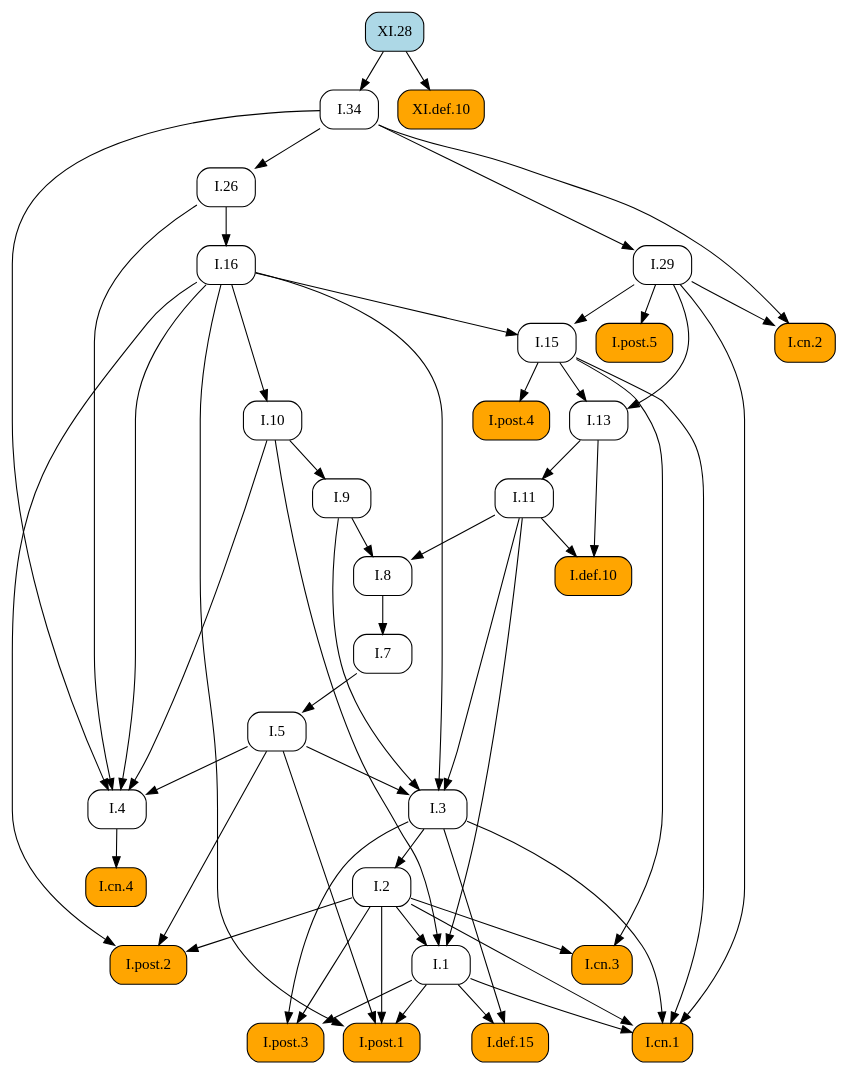
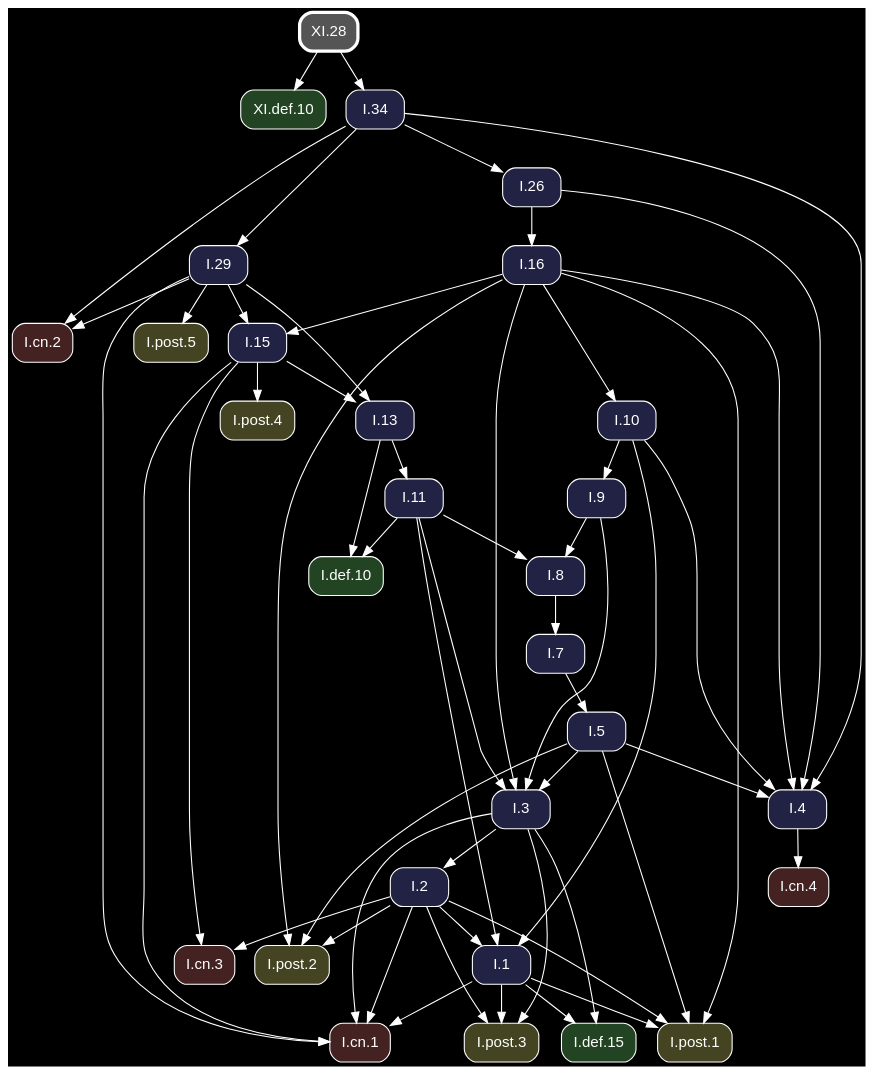
Before and after one commit to geometor/elements: the diagram in docsrc/heath/XI/28/index.rst, drawn with Graphviz. The commit also changed other lines of this file and 1200 other files, not shown here.

Commit message:
update dependency graphs

```diff
--- a/docsrc/heath/XI/28/index.rst
+++ b/docsrc/heath/XI/28/index.rst
@@ -29,90 +29,92 @@
 .. graphviz::
 
    digraph {
+     bgcolor="black";
+     node [shape=box, style="rounded,filled", fontname="Helvetica", color="white", fontcolor="white"];
+     edge [color="white", fontcolor="white"];
      rankdir="TB";
-     node [shape=box, style=rounded];
-     "I.9" [URL="/heath/I/9/", target="_top"];
-     "I.cn.1" [style="rounded,filled", fillcolor=orange, URL="/heath/I/cn.1/", target="_top"];
-     "I.7" [URL="/heath/I/7/", target="_top"];
-     "I.2" [URL="/heath/I/2/", target="_top"];
-     "I.def.15" [style="rounded,filled", fillcolor=orange, URL="/heath/I/def.15/", target="_top"];
-     "I.13" [URL="/heath/I/13/", target="_top"];
-     "I.post.4" [style="rounded,filled", fillcolor=orange, URL="/heath/I/post.4/", target="_top"];
-     "I.4" [URL="/heath/I/4/", target="_top"];
-     "I.1" [URL="/heath/I/1/", target="_top"];
-     "I.post.3" [style="rounded,filled", fillcolor=orange, URL="/heath/I/post.3/", target="_top"];
-     "I.post.1" [style="rounded,filled", fillcolor=orange, URL="/heath/I/post.1/", target="_top"];
-     "I.5" [URL="/heath/I/5/", target="_top"];
-     "I.8" [URL="/heath/I/8/", target="_top"];
-     "I.cn.3" [style="rounded,filled", fillcolor=orange, URL="/heath/I/cn.3/", target="_top"];
-     "I.29" [URL="/heath/I/29/", target="_top"];
-     "XI.def.10" [style="rounded,filled", fillcolor=orange, URL="/heath/XI/def.10/", target="_top"];
-     "I.16" [URL="/heath/I/16/", target="_top"];
-     "I.def.10" [style="rounded,filled", fillcolor=orange, URL="/heath/I/def.10/", target="_top"];
-     "I.15" [URL="/heath/I/15/", target="_top"];
-     "I.10" [URL="/heath/I/10/", target="_top"];
-     "I.11" [URL="/heath/I/11/", target="_top"];
-     "I.cn.2" [style="rounded,filled", fillcolor=orange, URL="/heath/I/cn.2/", target="_top"];
-     "I.post.5" [style="rounded,filled", fillcolor=orange, URL="/heath/I/post.5/", target="_top"];
-     "XI.28" [style="rounded,filled", fillcolor=lightblue, URL="/heath/XI/28/", target="_top"];
-     "I.cn.4" [style="rounded,filled", fillcolor=orange, URL="/heath/I/cn.4/", target="_top"];
-     "I.post.2" [style="rounded,filled", fillcolor=orange, URL="/heath/I/post.2/", target="_top"];
-     "I.26" [URL="/heath/I/26/", target="_top"];
-     "I.34" [URL="/heath/I/34/", target="_top"];
-     "I.3" [URL="/heath/I/3/", target="_top"];
-     "I.10" -> "I.9";
+     "I.3" [fillcolor="#222244", URL="/heath/I/3/", target="_top"];
+     "XI.28" [penwidth=3, color="white", fillcolor="#555555", URL="/heath/XI/28/", target="_top"];
+     "I.post.1" [fillcolor="#444422", URL="/heath/I/post.1/", target="_top"];
+     "I.cn.1" [fillcolor="#442222", URL="/heath/I/cn.1/", target="_top"];
+     "I.def.10" [fillcolor="#224422", URL="/heath/I/def.10/", target="_top"];
+     "I.15" [fillcolor="#222244", URL="/heath/I/15/", target="_top"];
+     "I.11" [fillcolor="#222244", URL="/heath/I/11/", target="_top"];
+     "I.16" [fillcolor="#222244", URL="/heath/I/16/", target="_top"];
+     "XI.def.10" [fillcolor="#224422", URL="/heath/XI/def.10/", target="_top"];
+     "I.13" [fillcolor="#222244", URL="/heath/I/13/", target="_top"];
+     "I.cn.3" [fillcolor="#442222", URL="/heath/I/cn.3/", target="_top"];
+     "I.2" [fillcolor="#222244", URL="/heath/I/2/", target="_top"];
+     "I.post.2" [fillcolor="#444422", URL="/heath/I/post.2/", target="_top"];
+     "I.cn.2" [fillcolor="#442222", URL="/heath/I/cn.2/", target="_top"];
+     "I.29" [fillcolor="#222244", URL="/heath/I/29/", target="_top"];
+     "I.cn.4" [fillcolor="#442222", URL="/heath/I/cn.4/", target="_top"];
+     "I.9" [fillcolor="#222244", URL="/heath/I/9/", target="_top"];
+     "I.1" [fillcolor="#222244", URL="/heath/I/1/", target="_top"];
+     "I.post.5" [fillcolor="#444422", URL="/heath/I/post.5/", target="_top"];
+     "I.post.4" [fillcolor="#444422", URL="/heath/I/post.4/", target="_top"];
+     "I.26" [fillcolor="#222244", URL="/heath/I/26/", target="_top"];
+     "I.8" [fillcolor="#222244", URL="/heath/I/8/", target="_top"];
+     "I.4" [fillcolor="#222244", URL="/heath/I/4/", target="_top"];
+     "I.post.3" [fillcolor="#444422", URL="/heath/I/post.3/", target="_top"];
+     "I.34" [fillcolor="#222244", URL="/heath/I/34/", target="_top"];
+     "I.7" [fillcolor="#222244", URL="/heath/I/7/", target="_top"];
+     "I.def.15" [fillcolor="#224422", URL="/heath/I/def.15/", target="_top"];
+     "I.5" [fillcolor="#222244", URL="/heath/I/5/", target="_top"];
+     "I.10" [fillcolor="#222244", URL="/heath/I/10/", target="_top"];
+     "I.5" -> "I.3";
+     "I.9" -> "I.3";
+     "I.11" -> "I.3";
+     "I.16" -> "I.3";
+     "I.1" -> "I.post.1";
+     "I.2" -> "I.post.1";
+     "I.5" -> "I.post.1";
+     "I.16" -> "I.post.1";
      "I.1" -> "I.cn.1";
      "I.2" -> "I.cn.1";
      "I.3" -> "I.cn.1";
      "I.15" -> "I.cn.1";
      "I.29" -> "I.cn.1";
-     "I.8" -> "I.7";
-     "I.3" -> "I.2";
-     "I.1" -> "I.def.15";
-     "I.3" -> "I.def.15";
+     "I.11" -> "I.def.10";
+     "I.13" -> "I.def.10";
+     "I.16" -> "I.15";
+     "I.29" -> "I.15";
+     "I.13" -> "I.11";
+     "I.26" -> "I.16";
+     "XI.28" -> "XI.def.10";
      "I.15" -> "I.13";
      "I.29" -> "I.13";
+     "I.2" -> "I.cn.3";
+     "I.15" -> "I.cn.3";
+     "I.3" -> "I.2";
+     "I.2" -> "I.post.2";
+     "I.5" -> "I.post.2";
+     "I.16" -> "I.post.2";
+     "I.29" -> "I.cn.2";
+     "I.34" -> "I.cn.2";
+     "I.34" -> "I.29";
+     "I.4" -> "I.cn.4";
+     "I.10" -> "I.9";
+     "I.2" -> "I.1";
+     "I.10" -> "I.1";
+     "I.11" -> "I.1";
+     "I.29" -> "I.post.5";
      "I.15" -> "I.post.4";
+     "I.34" -> "I.26";
+     "I.9" -> "I.8";
+     "I.11" -> "I.8";
      "I.5" -> "I.4";
      "I.10" -> "I.4";
      "I.16" -> "I.4";
      "I.26" -> "I.4";
      "I.34" -> "I.4";
-     "I.2" -> "I.1";
-     "I.10" -> "I.1";
-     "I.11" -> "I.1";
      "I.1" -> "I.post.3";
      "I.2" -> "I.post.3";
      "I.3" -> "I.post.3";
-     "I.1" -> "I.post.1";
-     "I.2" -> "I.post.1";
-     "I.5" -> "I.post.1";
-     "I.16" -> "I.post.1";
+     "XI.28" -> "I.34";
+     "I.8" -> "I.7";
+     "I.1" -> "I.def.15";
+     "I.3" -> "I.def.15";
      "I.7" -> "I.5";
-     "I.9" -> "I.8";
-     "I.11" -> "I.8";
-     "I.2" -> "I.cn.3";
-     "I.15" -> "I.cn.3";
-     "I.34" -> "I.29";
-     "XI.28" -> "XI.def.10";
-     "I.26" -> "I.16";
-     "I.11" -> "I.def.10";
-     "I.13" -> "I.def.10";
-     "I.16" -> "I.15";
-     "I.29" -> "I.15";
      "I.16" -> "I.10";
-     "I.13" -> "I.11";
-     "I.29" -> "I.cn.2";
-     "I.34" -> "I.cn.2";
-     "I.29" -> "I.post.5";
-     "I.4" -> "I.cn.4";
-     "I.2" -> "I.post.2";
-     "I.5" -> "I.post.2";
-     "I.16" -> "I.post.2";
-     "I.34" -> "I.26";
-     "XI.28" -> "I.34";
-     "I.5" -> "I.3";
-     "I.9" -> "I.3";
-     "I.11" -> "I.3";
-     "I.16" -> "I.3";
    }
```
